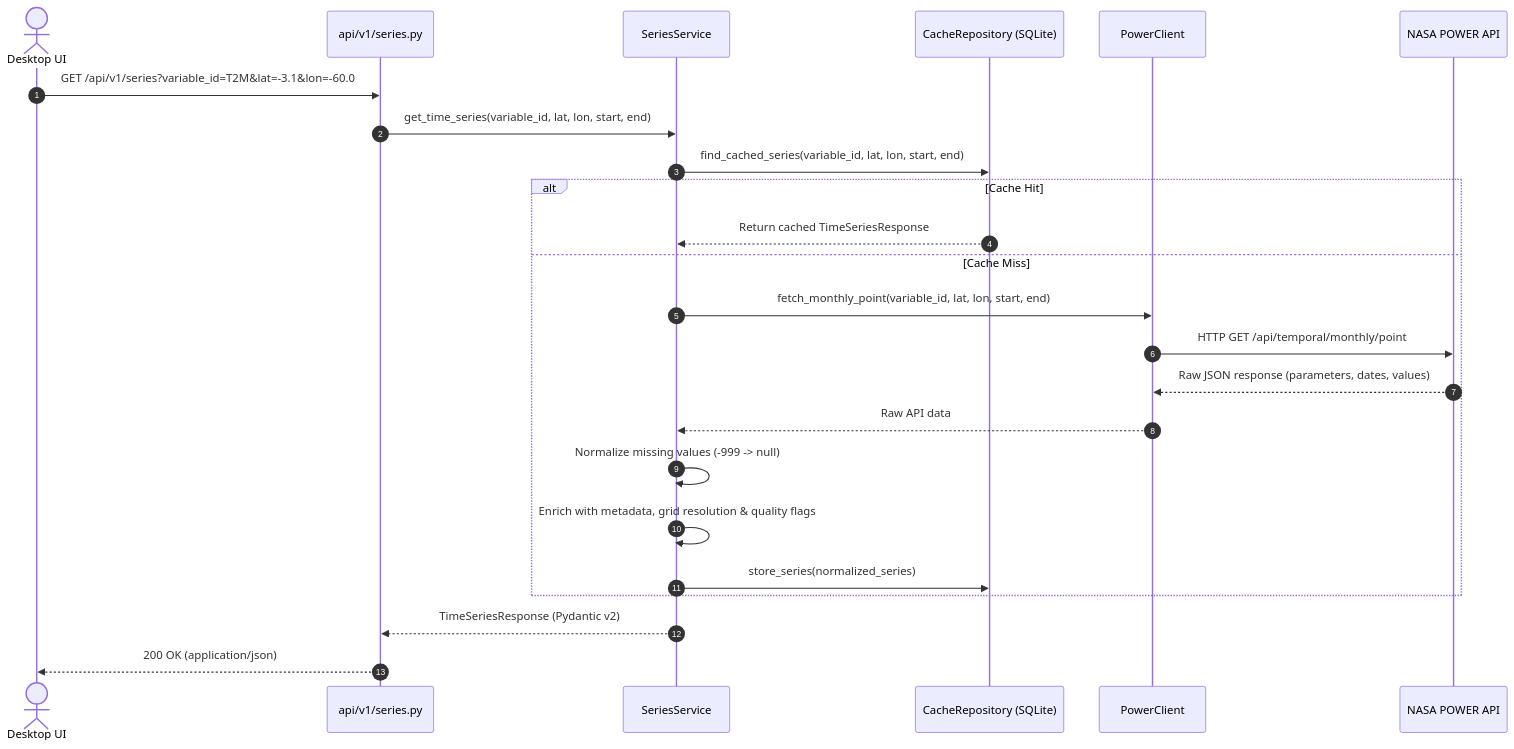
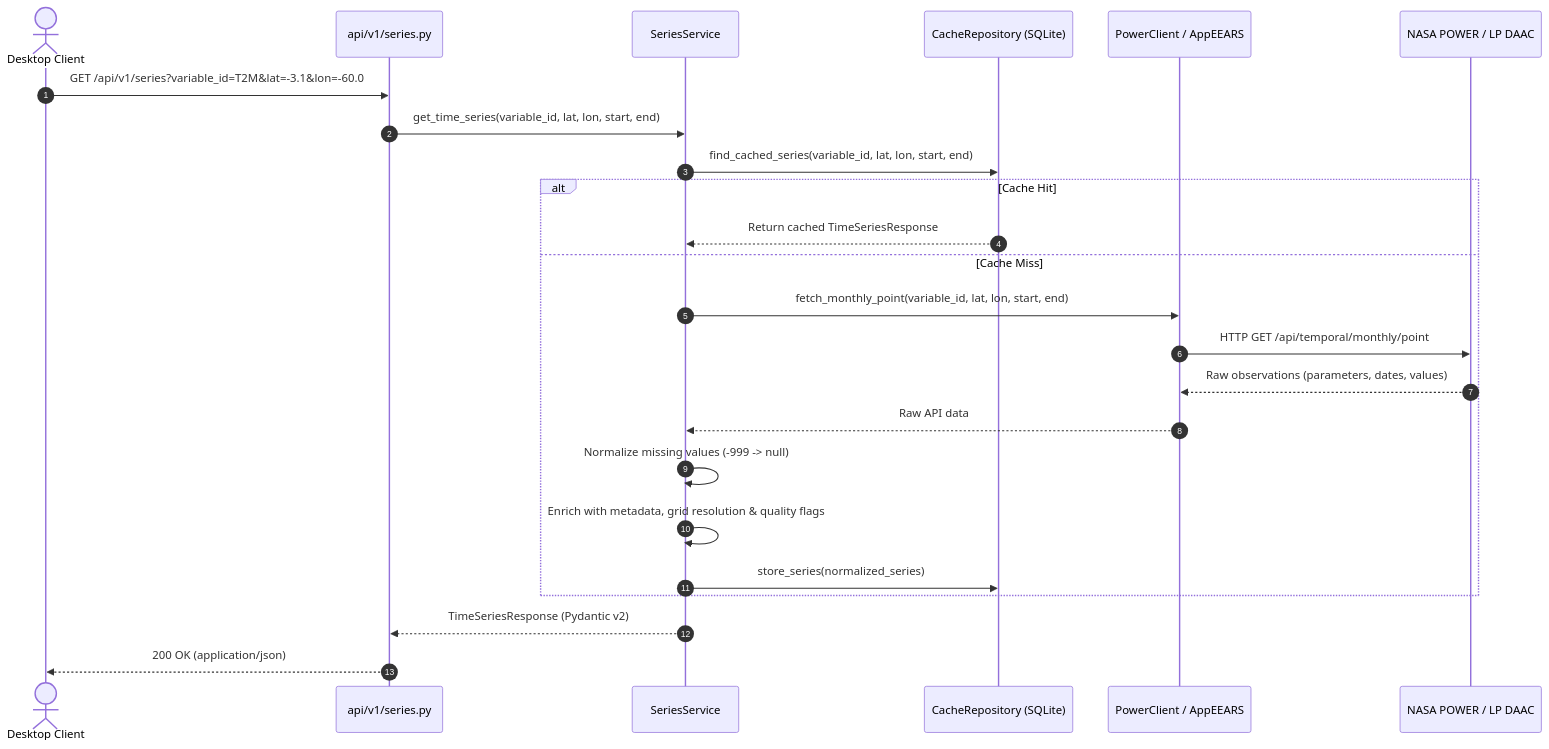
Before and after one commit to nastex123/tpbd: the second of 3 diagrams in docs/architecture.md, drawn with Mermaid. The commit also changed other lines of this file and 6 other files, not shown here.

Commit message:
docs: overhaul README with NASA Space Apps branding, tool architecture, APIs, Docker, and Pale Blue Dot mission ethos

````diff
--- a/docs/architecture.md
+++ b/docs/architecture.md
@@ -117,27 +115,27 @@
 ```mermaid
 sequenceDiagram
     autonumber
-    actor User as Desktop UI
+    actor User as Desktop Client
     participant Router as api/v1/series.py
     participant Svc as SeriesService
     participant Repo as CacheRepository (SQLite)
-    participant Client as PowerClient
-    participant NASA as NASA POWER API
+    participant Client as PowerClient / AppEEARS
+    participant NASA as NASA POWER / LP DAAC
 
     User->>Router: GET /api/v1/series?variable_id=T2M&lat=-3.1&lon=-60.0
     Router->>Svc: get_time_series(variable_id, lat, lon, start, end)
     Svc->>Repo: find_cached_series(variable_id, lat, lon, start, end)
     alt Cache Hit
         Repo-->>Svc: Return cached TimeSeriesResponse
     else Cache Miss
         Svc->>Client: fetch_monthly_point(variable_id, lat, lon, start, end)
         Client->>NASA: HTTP GET /api/temporal/monthly/point
-        NASA-->>Client: Raw JSON response (parameters, dates, values)
+        NASA-->>Client: Raw observations (parameters, dates, values)
         Client-->>Svc: Raw API data
         Svc->>Svc: Normalize missing values (-999 -> null)
         Svc->>Svc: Enrich with metadata, grid resolution & quality flags
         Svc->>Repo: store_series(normalized_series)
     end
     Svc-->>Router: TimeSeriesResponse (Pydantic v2)
     Router-->>User: 200 OK (application/json)
 ```
````
